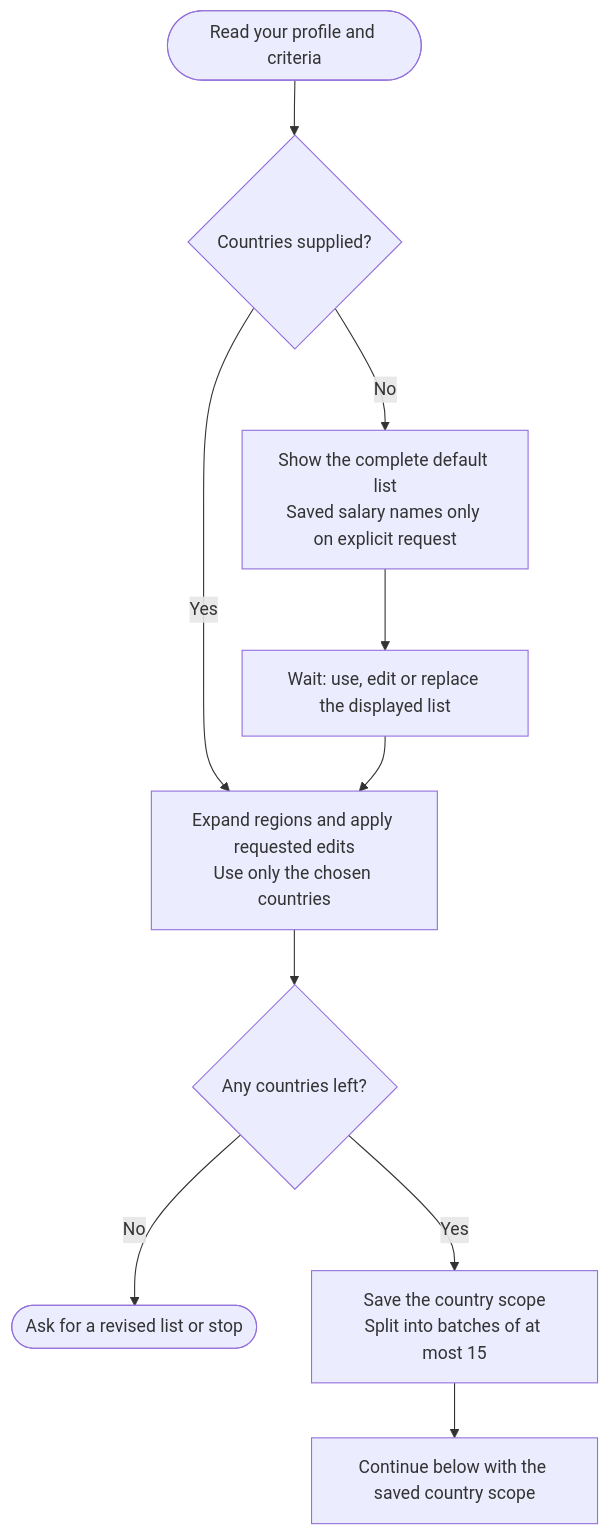
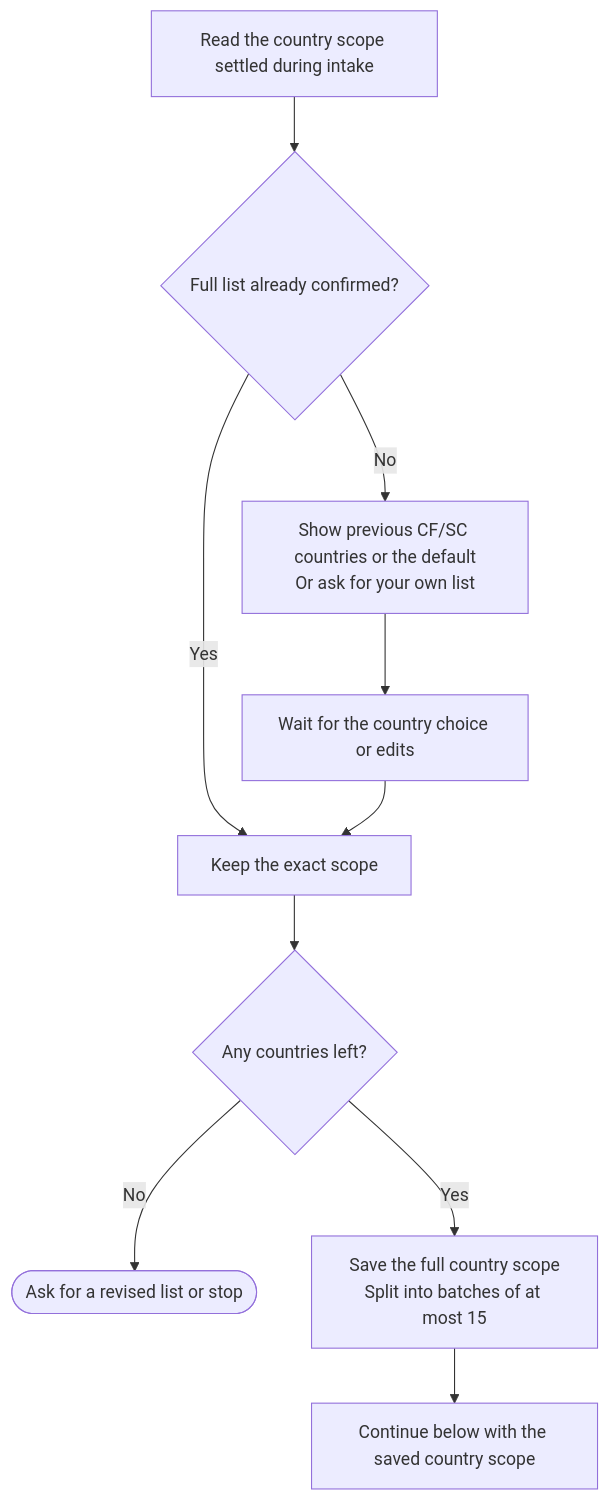
The first of 2 diagrams in docs/commands/country-finder/step2-country-discovery/detailed.md (myowinthein/agent-compass), drawn with Mermaid before and after one commit. The commit also changed other lines of this file and 26 other files, not shown here.

````diff
--- a/docs/commands/country-finder/step2-country-discovery/detailed.md
+++ b/docs/commands/country-finder/step2-country-discovery/detailed.md
@@ -28,12 +29,12 @@
 ```mermaid
 flowchart TD
-  Start(["Read your profile and criteria"]) --> Custom{"Countries supplied?"}
-  Custom -->|Yes| Scope["Expand regions and apply requested edits<br/>Use only the chosen countries"]
-  Custom -->|No| Default["Show the complete default list<br/>Saved salary names only on explicit request"]
-  Default --> Confirm["Wait: use, edit or replace the displayed list"]
+  Start["Read the country scope settled during intake"] --> Confirmed{"Full list already confirmed?"}
+  Confirmed -->|Yes| Scope["Keep the exact scope"]
+  Confirmed -->|No| Offer["Show previous CF/SC countries or the default<br/>Or ask for your own list"]
+  Offer --> Confirm["Wait for the country choice or edits"]
   Confirm --> Scope
   Scope --> Empty{"Any countries left?"}
   Empty -->|No| Revise(["Ask for a revised list or stop"])
-  Empty -->|Yes| Batch["Save the country scope<br/>Split into batches of at most 15"]
+  Empty -->|Yes| Batch["Save the full country scope<br/>Split into batches of at most 15"]
   Batch --> Continue["Continue below with the saved country scope"]
 ```
````
